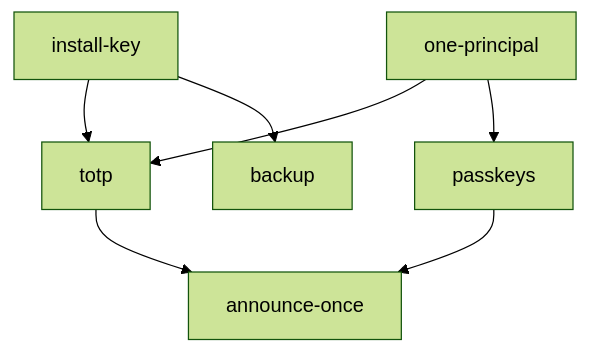
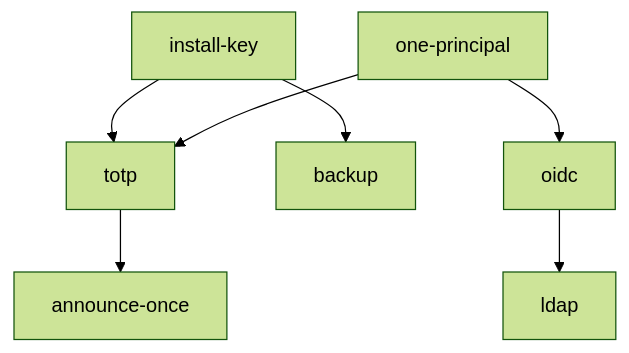
Before and after one commit to mosaic-media/architecture: the second of 2 diagrams in docs/work-graph.md, drawn with Mermaid (forest theme). The commit also changed other lines of this file and 1 other file, not shown here.

````diff
--- a/docs/work-graph.md
+++ b/docs/work-graph.md
@@ -81,9 +81,9 @@
 ```mermaid
 graph TD
   key["install-key"] --> totp["totp"]
   key --> backup["backup"]
   princ["one-principal"] --> totp
-  princ --> passkeys["passkeys"]
-  passkeys --> ann["announce-once"]
-  totp --> ann
+  princ --> oidc["oidc"]
+  oidc --> ldap["ldap"]
+  totp --> ann["announce-once"]
 ```
````
